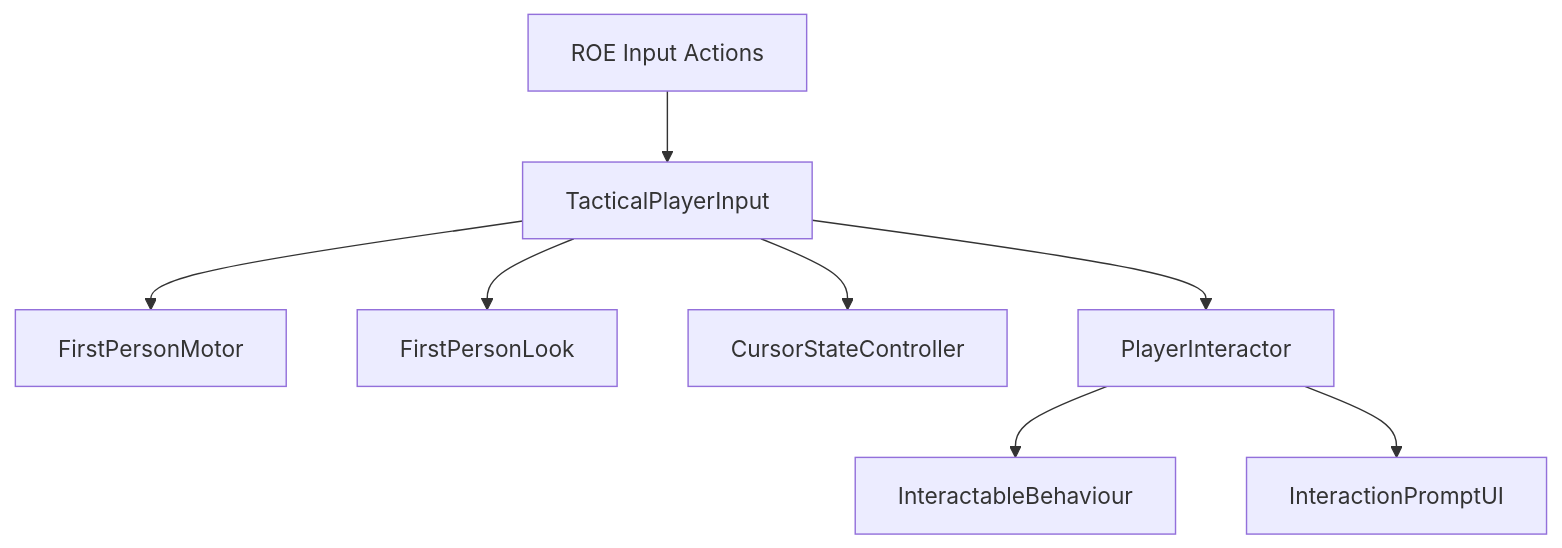
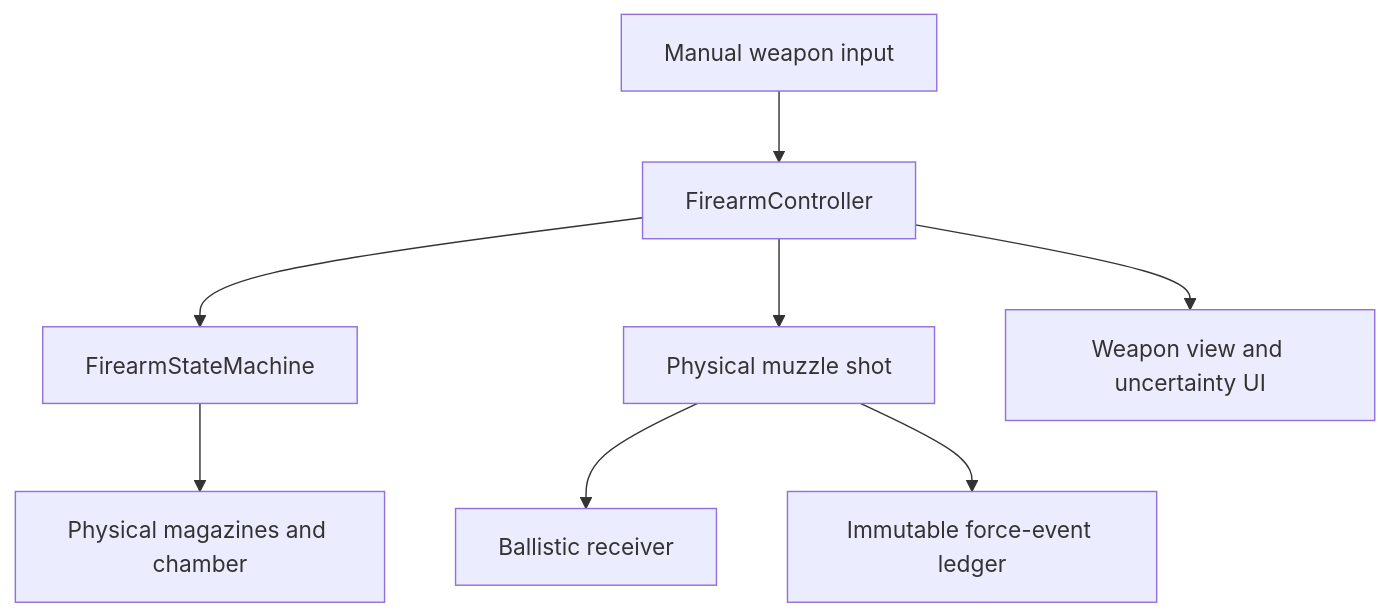
One commit to jaychase464-maker/RoE-v3 changed the diagram in SYSTEM_MAP.md. Above: the diagram before and after it, drawn with Mermaid. The commit also changed other lines of this file and 72 other files, not shown here.

Commit message:
Complete Milestone 2 weapon and force-event foundation

````diff
--- a/SYSTEM_MAP.md
+++ b/SYSTEM_MAP.md
@@ -5,10 +5,10 @@
 ```mermaid
 flowchart TD
-    Input[ROE Input Actions] --> Intent[TacticalPlayerInput]
-    Intent --> Motor[FirstPersonMotor]
-    Intent --> Look[FirstPersonLook]
-    Intent --> Cursor[CursorStateController]
-    Intent --> Focus[PlayerInteractor]
-    Focus --> Target[InteractableBehaviour]
-    Focus --> Prompt[InteractionPromptUI]
+    Input[Manual weapon input] --> Controller[FirearmController]
+    Controller --> State[FirearmStateMachine]
+    State --> Magazines[Physical magazines and chamber]
+    Controller --> Shot[Physical muzzle shot]
+    Shot --> Target[Ballistic receiver]
+    Shot --> Ledger[Immutable force-event ledger]
+    Controller --> View[Weapon view and uncertainty UI]
 ```
````
